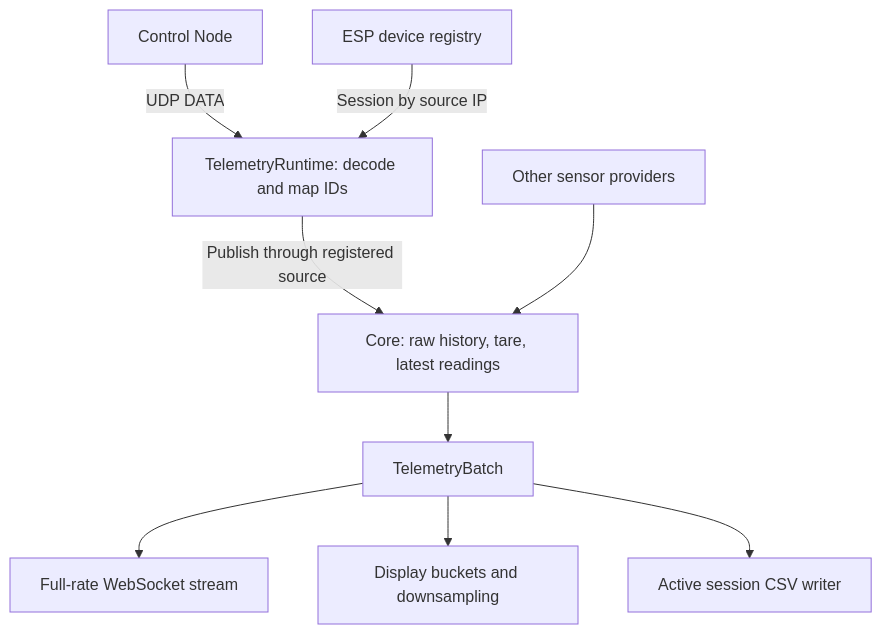
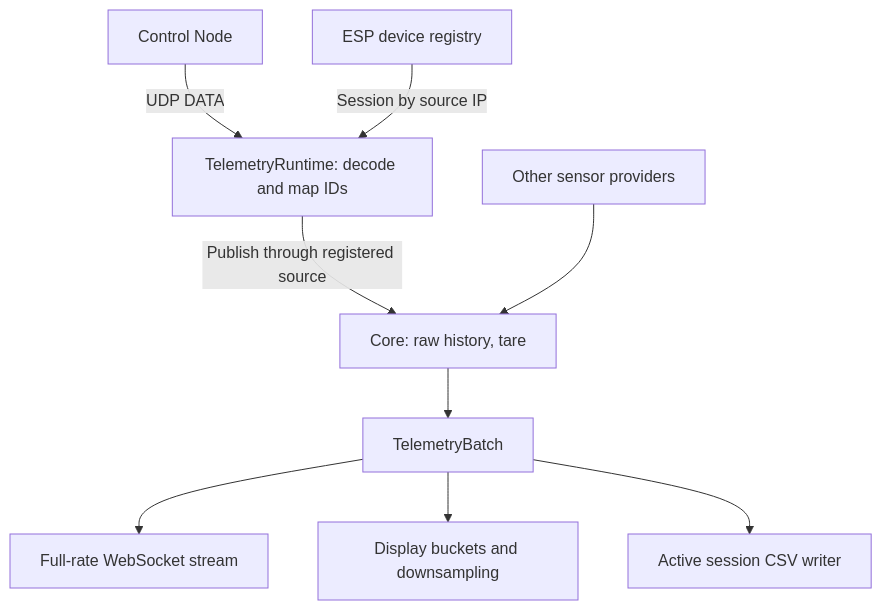
The diagram in docs/TELEMETRY.md (Queens-Rocket-Engineering-Team/ctl-vector), drawn with Mermaid before and after one commit. The commit also changed other lines of this file and 22 other files, not shown here.

````diff
--- a/docs/TELEMETRY.md
+++ b/docs/TELEMETRY.md
@@ -9,11 +9,11 @@
 ```mermaid
 flowchart TB
     Node["Control Node"] -->|"UDP DATA"| Ingest["TelemetryRuntime: decode and map IDs"]
     Registry["ESP device registry"] -->|"Session by source IP"| Ingest
-    Ingest -->|"Publish through registered source"| Core["Core: raw history, tare, latest readings"]
+    Ingest -->|"Publish through registered source"| Core["Core: raw history, tare"]
     Other["Other sensor providers"] --> Core
     Core --> Batch["TelemetryBatch"]
     Batch --> Raw["Full-rate WebSocket stream"]
     Batch --> Display["Display buckets and downsampling"]
     Batch --> Recording["Active session CSV writer"]
 ```
````
